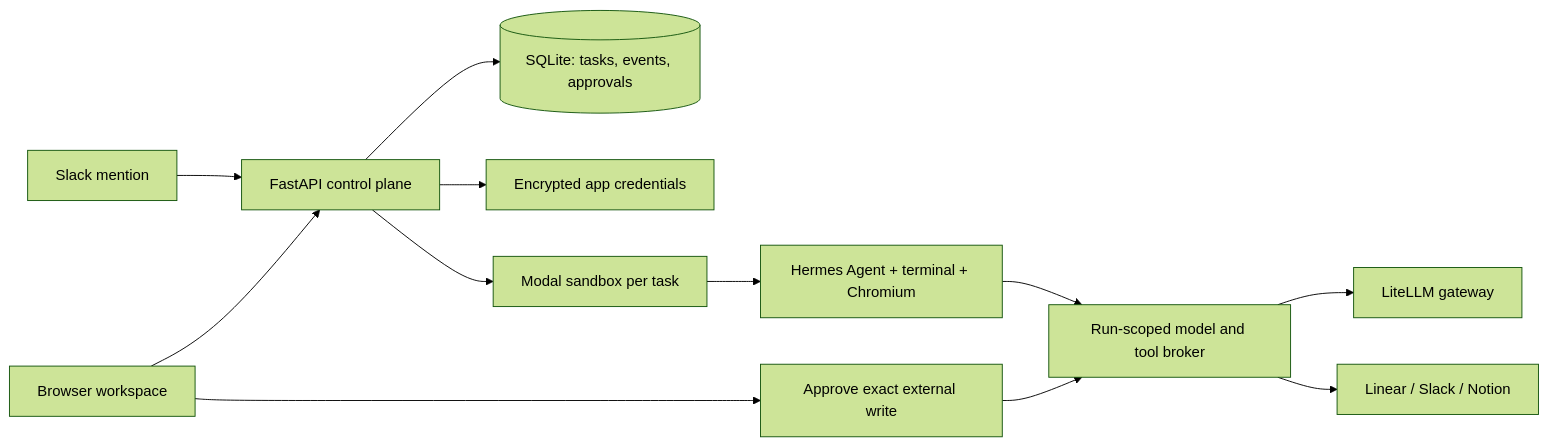
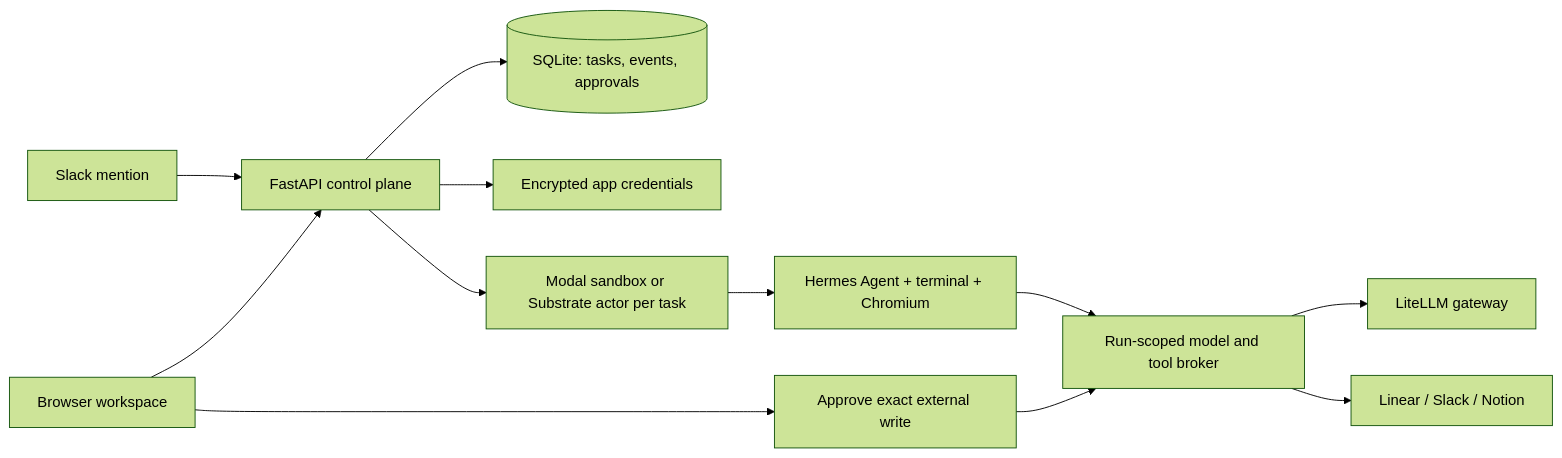
Before and after one commit to Aditya8840/moyai: the first of 2 diagrams in docs/architecture.md, drawn with Mermaid (forest theme). The commit also changed other lines of this file and 14 other files, not shown here.

Commit message:
Reflect selected sandbox provider in task details and setup guides

````diff
--- a/docs/architecture.md
+++ b/docs/architecture.md
@@ -44,14 +44,14 @@
 ```mermaid
 flowchart LR
   S[Slack mention] --> C[FastAPI control plane]
   U[Browser workspace] --> C
   C --> D[(SQLite: tasks, events, approvals)]
   C --> V[Encrypted app credentials]
-  C --> M[Modal sandbox per task]
+  C --> M[Modal sandbox or Substrate actor per task]
   M --> H[Hermes Agent + terminal + Chromium]
   H --> B[Run-scoped model and tool broker]
   B --> L[LiteLLM gateway]
   B --> A[Linear / Slack / Notion]
   U --> P[Approve exact external write]
   P --> B
 ```
````
